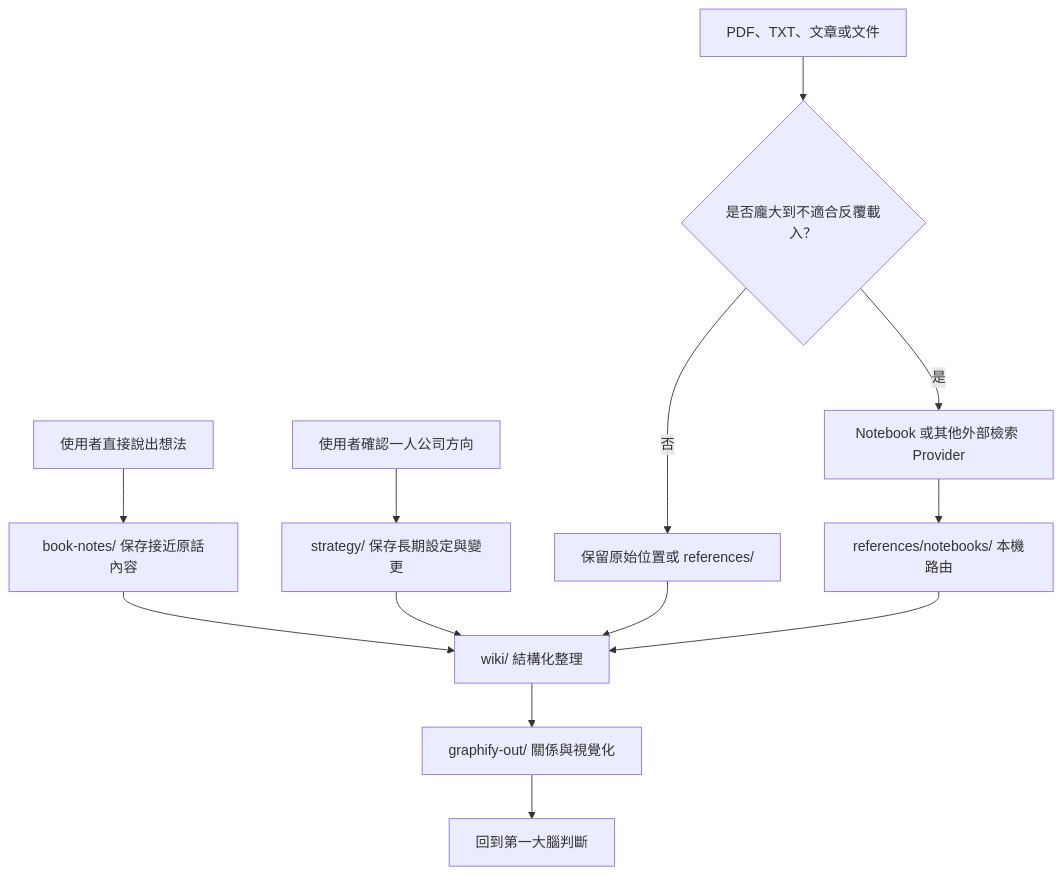
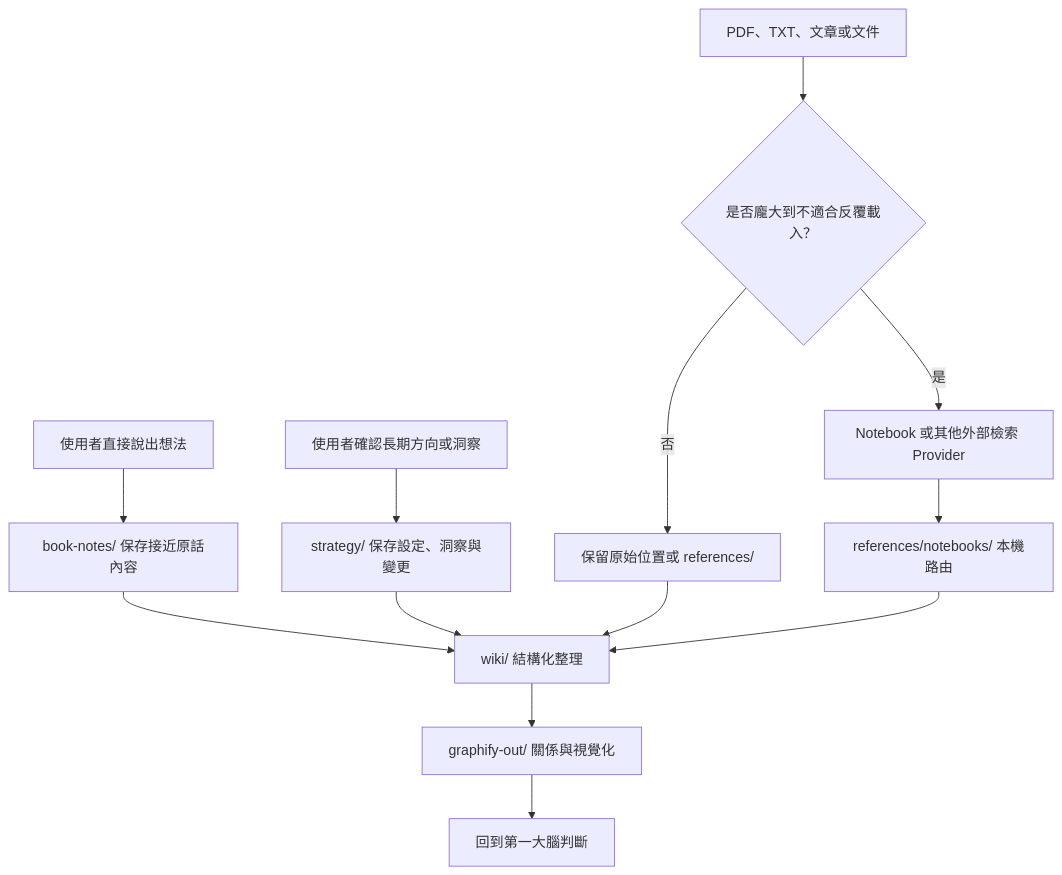
One commit to iamraven-tw/raven-ai-workflow-toolbox changed the first of 2 diagrams in skill-packs/ai-knowledge-base/docs/architecture.md. Above: the diagram before and after it, drawn with Mermaid. The commit also changed other lines of this file and 203 other files, not shown here.

````diff
--- a/skill-packs/ai-knowledge-base/docs/architecture.md
+++ b/skill-packs/ai-knowledge-base/docs/architecture.md
@@ -19,15 +19,15 @@
 ```mermaid
 flowchart TD
-    S["使用者確認一人公司方向"] --> T["strategy/ 保存長期設定與變更"]
+    S["使用者確認長期方向或洞察"] --> T["strategy/ 保存設定、洞察與變更"]
     A["使用者直接說出想法"] --> B["book-notes/ 保存接近原話內容"]
     C["PDF、TXT、文章或文件"] --> D{"是否龐大到不適合反覆載入？"}
     D -- "否" --> E["保留原始位置或 references/"]
     D -- "是" --> F["Notebook 或其他外部檢索 Provider"]
     F --> G["references/notebooks/ 本機路由"]
     B --> H["wiki/ 結構化整理"]
     T --> H
     E --> H
     G --> H
     H --> I["graphify-out/ 關係與視覺化"]
     I --> J["回到第一大腦判斷"]
 ```
````
